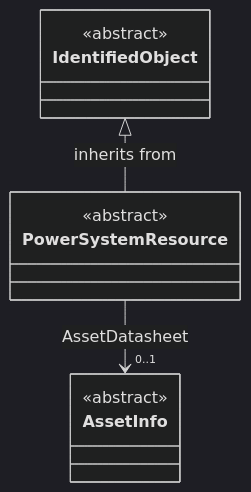
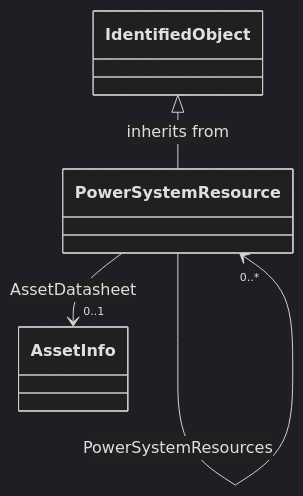
Diagram 13 of 14 in cimgraph/data_profile/cim18gmdm/asset/Asset.rdfs-t2b.md (PNNL-CIM-Tools/CIM-Graph), drawn with Mermaid (dark theme) before and after one commit. The commit also changed other lines of this file and 4 other files, not shown here.

````diff
--- a/cimgraph/data_profile/cim18gmdm/asset/Asset.rdfs-t2b.md
+++ b/cimgraph/data_profile/cim18gmdm/asset/Asset.rdfs-t2b.md
@@ -589,19 +515,8 @@
 ```mermaid
 classDiagram
-direction TB
-
-class PowerSystemResource {
-<<abstract>>
+class PowerSystemResource{
 }
-
-class IdentifiedObject {
-<<abstract>>
-}
-
 IdentifiedObject <|-- PowerSystemResource : inherits from
-class AssetInfo {
-<<abstract>>
-}
-
 PowerSystemResource --> "0..1" AssetInfo : AssetDatasheet
+PowerSystemResource --> "0..*" PowerSystemResource : PowerSystemResources
 ```
````
